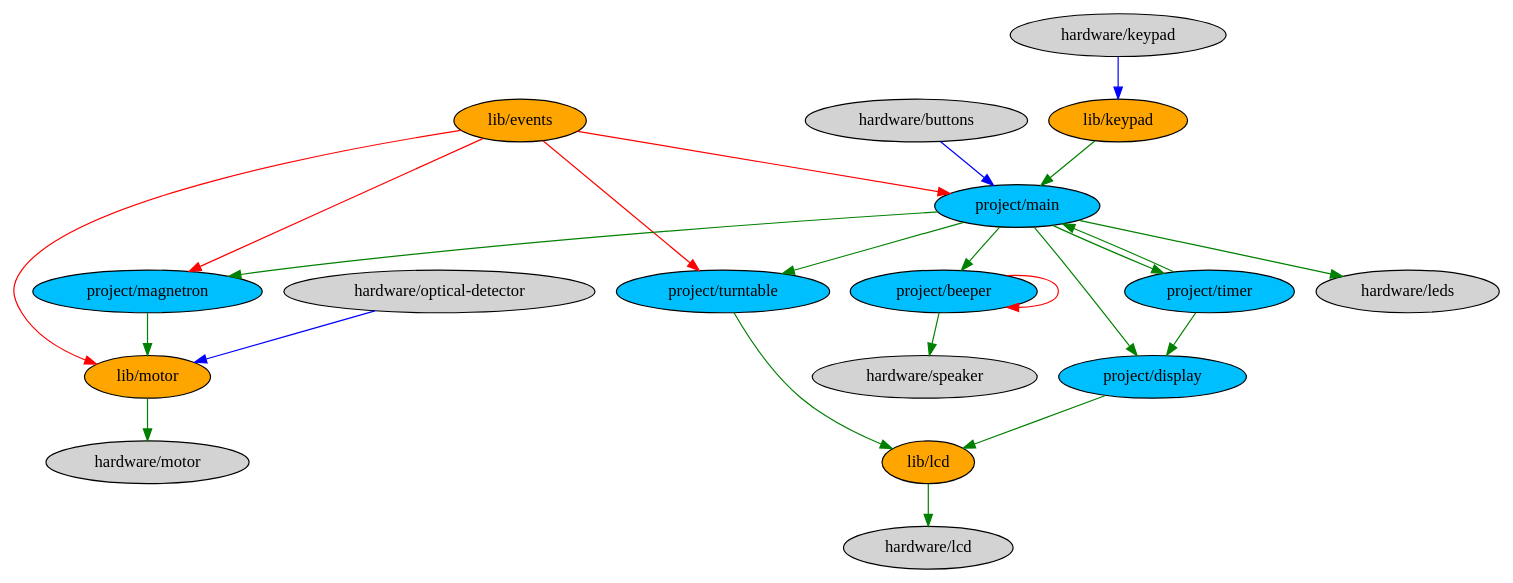
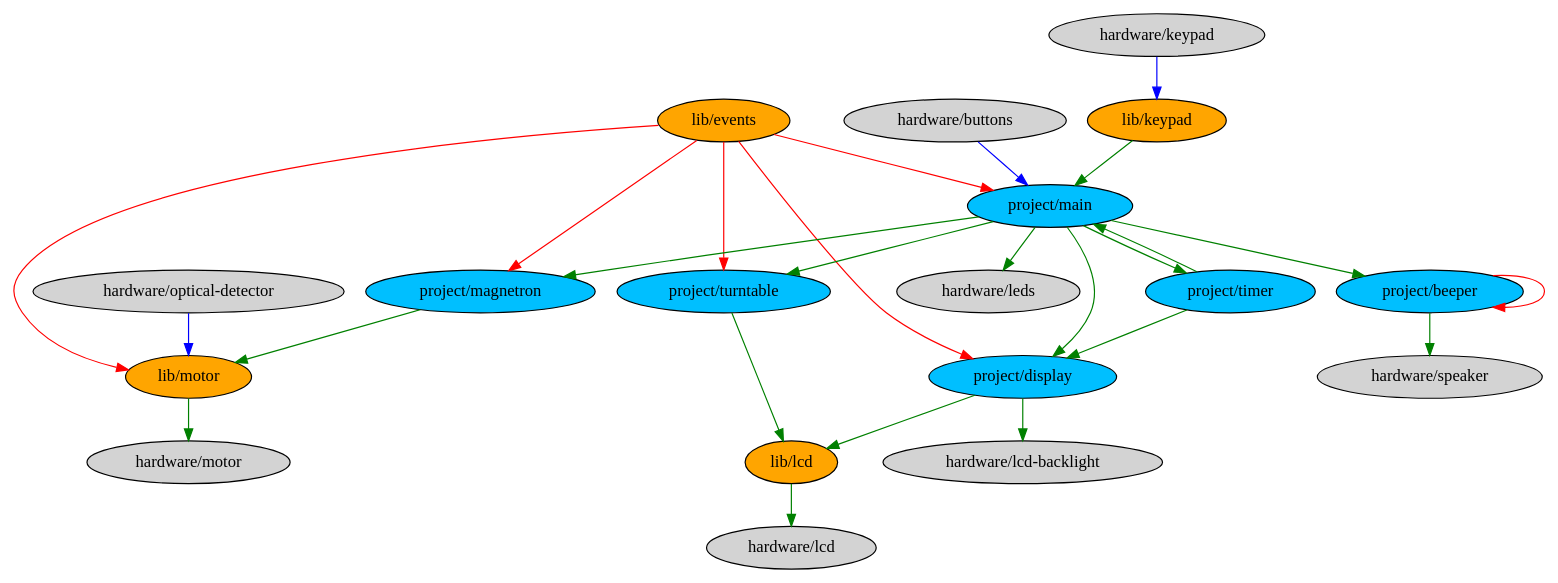
The diagram in project/io-flow.dot (kotarou3/COMP2121-Labs), drawn with Graphviz before and after one commit. The commit also changed 2 other files, not shown here.

Commit message:
Project: Add system flow to the design manual

```diff
--- a/project/io-flow.dot
+++ b/project/io-flow.dot
@@ -1,60 +1,62 @@
 digraph {
     //bgcolor = "transparent"
     node [style = "filled"]
 
     subgraph {
         node [fillcolor = "orange"]
 
         "lib/events"
         "lib/motor"
         "lib/lcd"
         "lib/keypad"
     }
     subgraph {
         node [fillcolor = "deepskyblue"]
 
         "project/magnetron"
         "project/main"
         "project/beeper"
         "project/turntable"
         "project/timer"
         "project/display"
     }
 
     subgraph timer {
         edge [color = "red"]
 
         "lib/events" -> "lib/motor"
         "lib/events" -> "project/main"
+        "lib/events" -> "project/display"
         "lib/events" -> "project/magnetron"
         "lib/events" -> "project/turntable"
         "project/beeper" -> "project/beeper"
     }
     subgraph interrupt {
         edge [color = "blue"]
 
         "hardware/keypad" -> "lib/keypad"
         "hardware/optical-detector" -> "lib/motor"
         "hardware/buttons" -> "project/main"
     }
     subgraph commands {
         edge [color = "green"]
 
         "lib/keypad" -> "project/main"
         "lib/lcd" -> "hardware/lcd"
         "lib/motor" -> "hardware/motor"
 
         "project/main" -> "project/beeper"
         "project/main" -> "project/display"
         "project/main" -> "project/magnetron"
         "project/main" -> "project/turntable"
         "project/main" -> "project/timer"
         "project/main" -> "hardware/leds"
         "project/beeper" -> "hardware/speaker"
         "project/display" -> "lib/lcd"
+        "project/display" -> "hardware/lcd-backlight"
         "project/magnetron" -> "lib/motor"
         "project/timer" -> "project/main"
         "project/timer" -> "project/display"
         "project/turntable" -> "lib/lcd"
     }
 }
```
